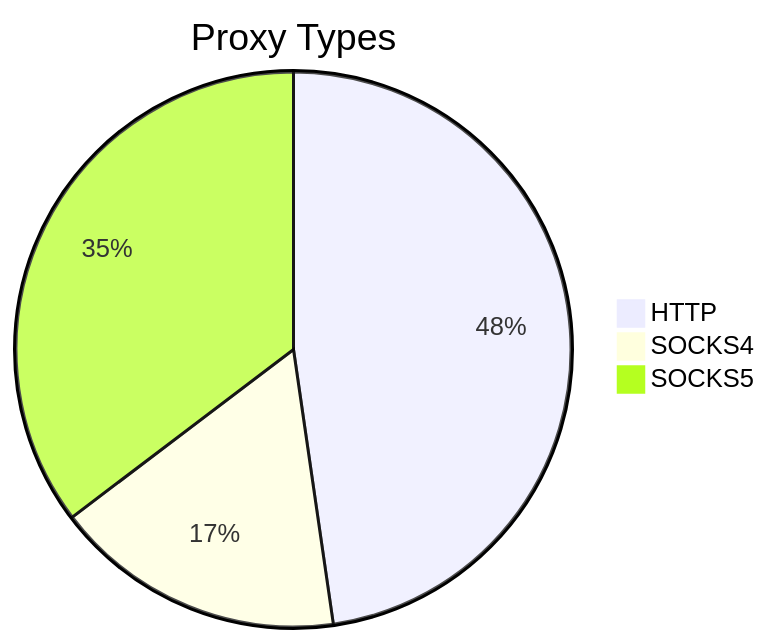
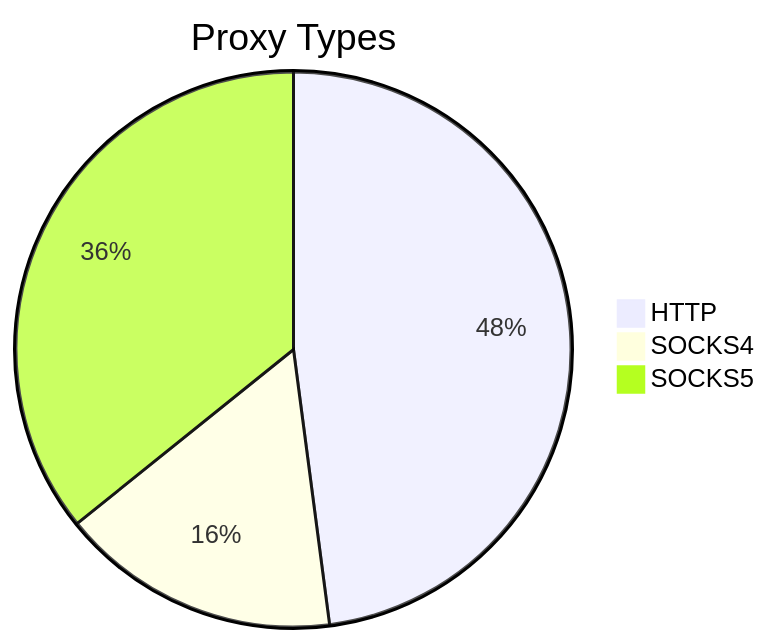
The first of 2 diagrams in README.md (stormsia/proxy-list), drawn with Mermaid before and after one commit. The commit also changed other lines of this file, not shown here.

````diff
--- a/README.md
+++ b/README.md
@@ -21,6 +21,6 @@
 ```mermaid
 pie title Proxy Types
-    "HTTP" : 208
-    "SOCKS4" : 74
-    "SOCKS5" : 154
+    "HTTP" : 150
+    "SOCKS4" : 51
+    "SOCKS5" : 112
 ```
````
